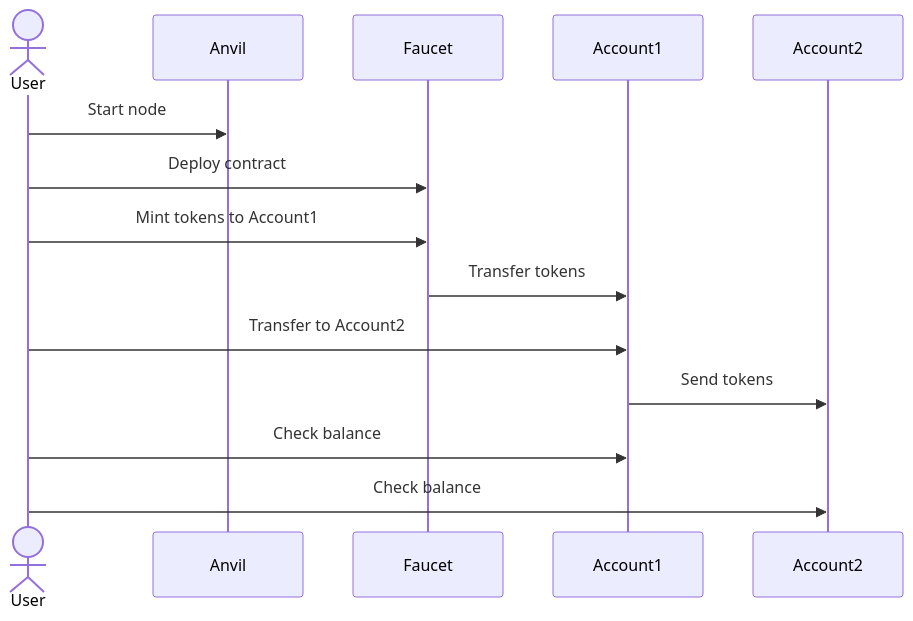
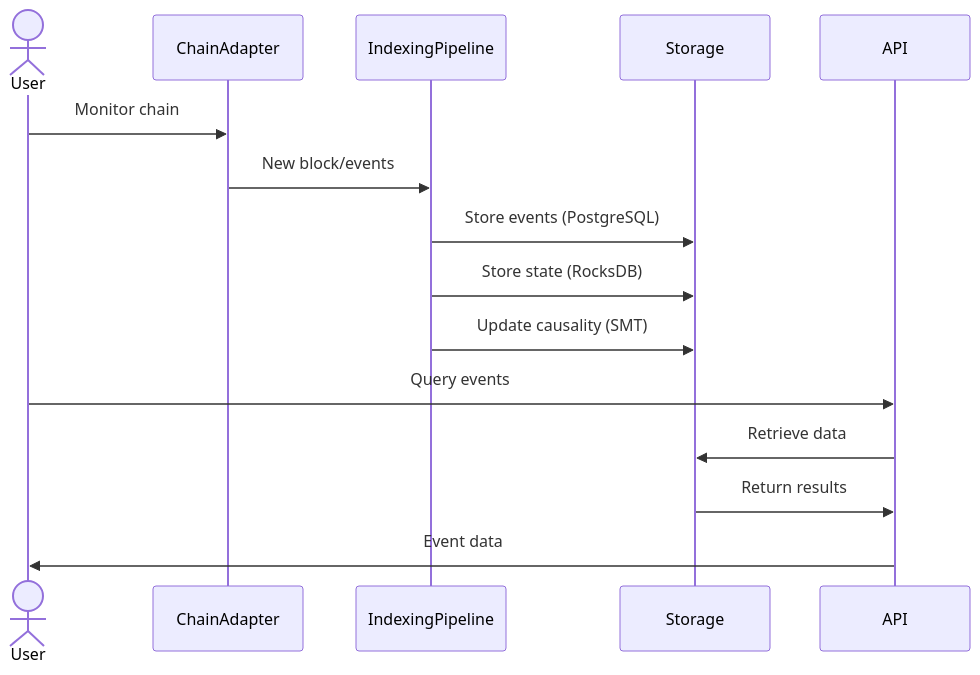
Before and after one commit to timewave-computer/almanac: the second of 6 diagrams in docs/arch_000_node_env.md, drawn with Mermaid. The commit also changed other lines of this file and 80 other files, not shown here.

Commit message:
sql queries from abi/schema + cli commands

````diff
--- a/docs/arch_000_node_env.md
+++ b/docs/arch_000_node_env.md
@@ -36,17 +50,18 @@
 ```mermaid
 sequenceDiagram
     actor User
-    participant Anvil
-    participant Faucet
-    participant Account1
-    participant Account2
+    participant ChainAdapter
+    participant IndexingPipeline
+    participant Storage
+    participant API
     
-    User->>Anvil: Start node
-    User->>Faucet: Deploy contract
-    User->>Faucet: Mint tokens to Account1
-    Faucet->>Account1: Transfer tokens
-    User->>Account1: Transfer to Account2
-    Account1->>Account2: Send tokens
-    User->>Account1: Check balance
-    User->>Account2: Check balance
+    User->>ChainAdapter: Monitor chain
+    ChainAdapter->>IndexingPipeline: New block/events
+    IndexingPipeline->>Storage: Store events (PostgreSQL)
+    IndexingPipeline->>Storage: Store state (RocksDB)
+    IndexingPipeline->>Storage: Update causality (SMT)
+    User->>API: Query events
+    API->>Storage: Retrieve data
+    Storage->>API: Return results
+    API->>User: Event data
 ```
````
